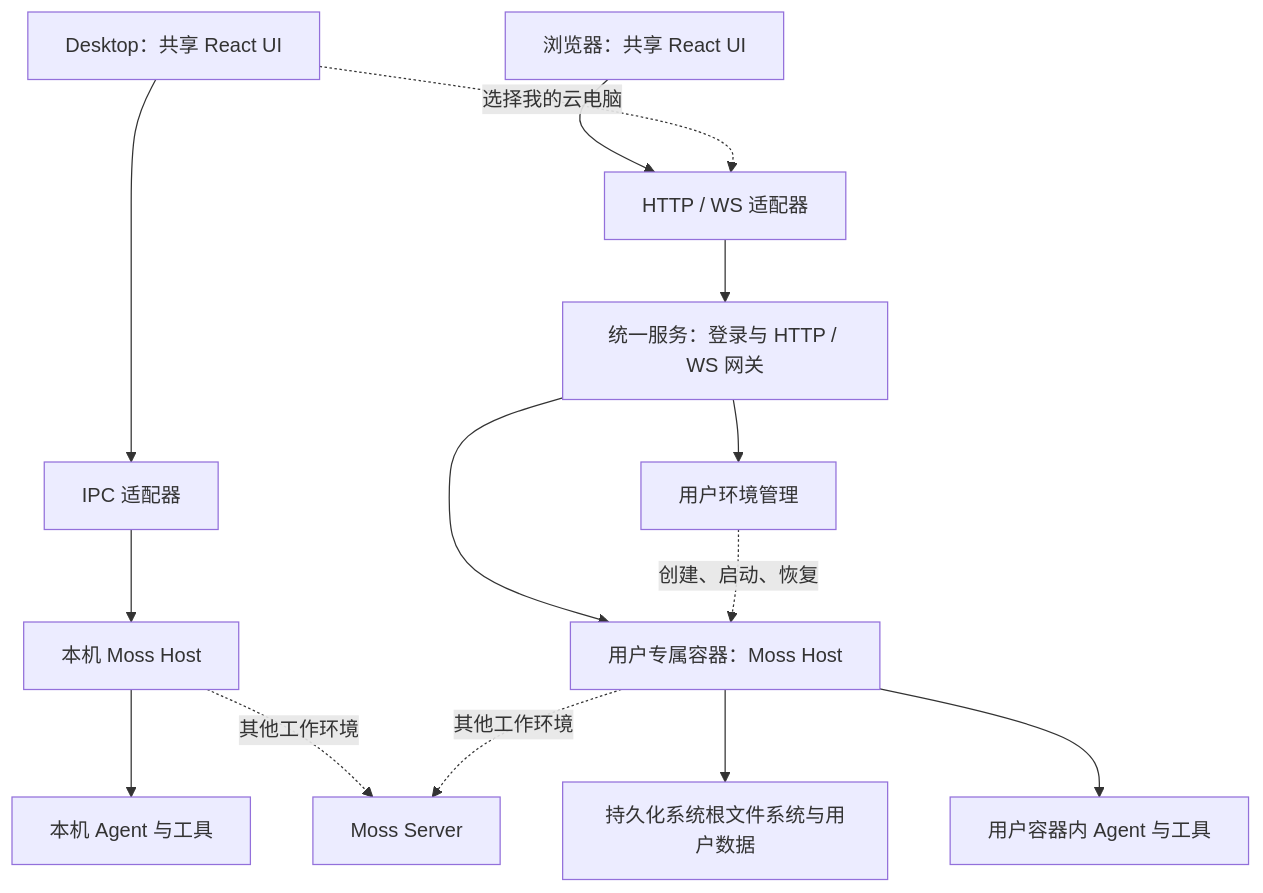
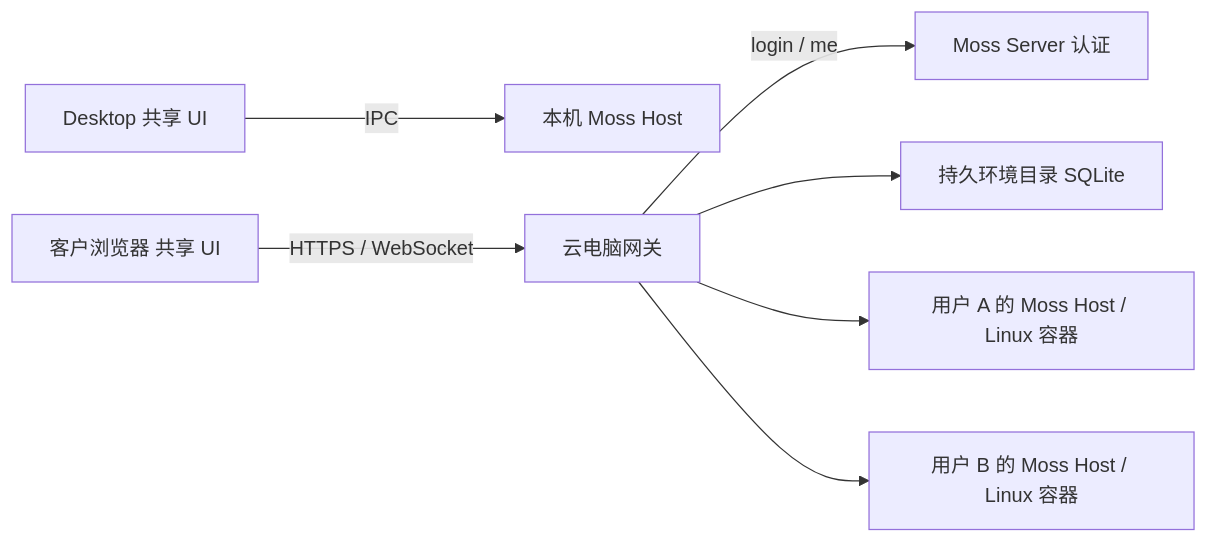
Before and after one commit to baiguidong/moss: the diagram in ui/docs/desktop-webui-cloud-environments.md, drawn with Mermaid. The commit also changed other lines of this file and 6 other files, not shown here.

````diff
--- a/ui/docs/desktop-webui-cloud-environments.md
+++ b/ui/docs/desktop-webui-cloud-environments.md
@@ -75,16 +15,9 @@
 ```mermaid
-flowchart TB
-    DU[Desktop：共享 React UI] --> DT[IPC 适配器]
-    DT --> DH[本机 Moss Host]
-    BU[浏览器：共享 React UI] --> WT[HTTP / WS 适配器]
-    DU -.选择我的云电脑.-> WT
-    WT --> GW[统一服务：登录与 HTTP / WS 网关]
-    GW --> EM[用户环境管理]
-    GW --> CH[用户专属容器：Moss Host]
-    EM -.创建、启动、恢复.-> CH
-    CH --> DATA[持久化系统根文件系统与用户数据]
-    DH --> LOCAL[本机 Agent 与工具]
-    CH --> CLOUD[用户容器内 Agent 与工具]
-    DH -.其他工作环境.-> REMOTE[Moss Server]
-    CH -.其他工作环境.-> REMOTE
+flowchart LR
+  D[Desktop 共享 UI] -->|IPC| L[本机 Moss Host]
+  B[客户浏览器 共享 UI] -->|HTTPS / WebSocket| G[云电脑网关]
+  G -->|login / me| S[Moss Server 认证]
+  G --> E[持久环境目录 SQLite]
+  G --> A[用户 A 的 Moss Host / Linux 容器]
+  G --> C[用户 B 的 Moss Host / Linux 容器]
 ```
````
